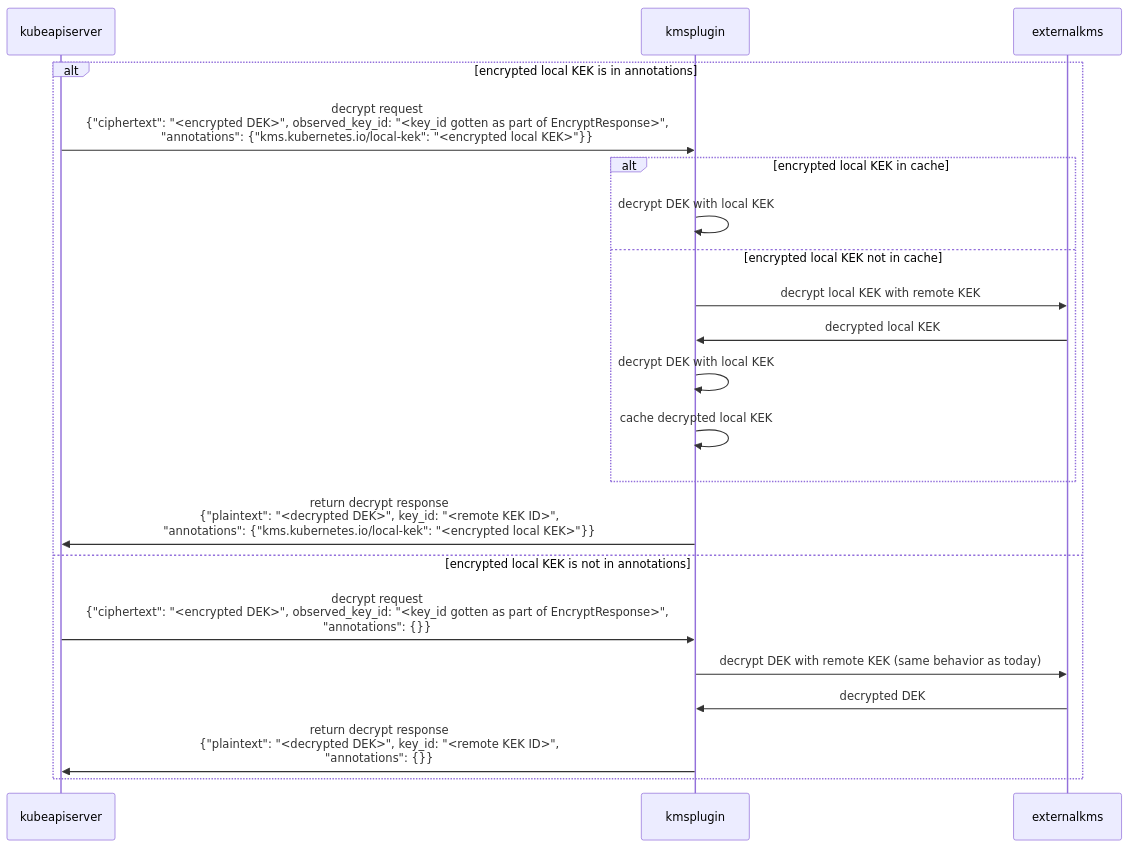
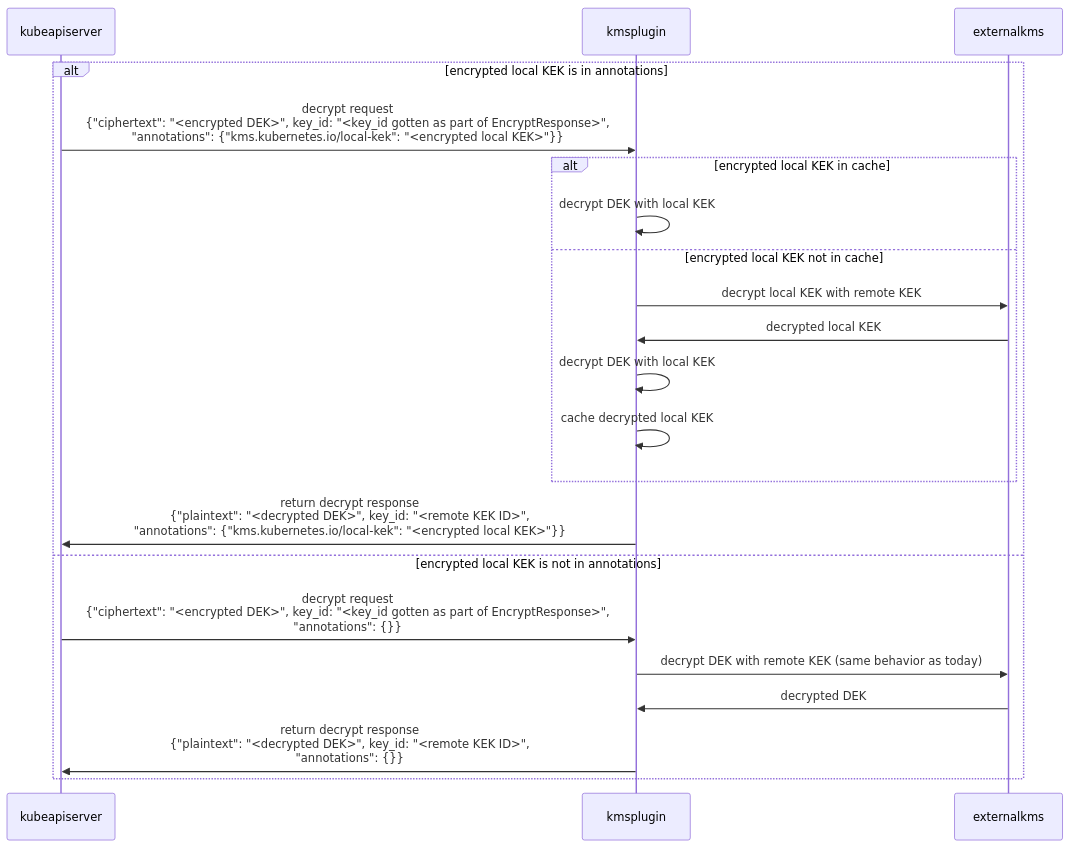
Before and after one commit to kubernetes/enhancements: the second of 2 diagrams in keps/sig-auth/3299-kms-v2-improvements/README.md, drawn with Mermaid. The commit also changed other lines of this file, not shown here.

Commit message:
update proto snippets in kms v2

````diff
--- a/keps/sig-auth/3299-kms-v2-improvements/README.md
+++ b/keps/sig-auth/3299-kms-v2-improvements/README.md
@@ -310,24 +304,24 @@
 ```mermaid
 sequenceDiagram
     participant kubeapiserver
     participant kmsplugin
     participant externalkms
     %% if local KEK in annotations, then using hierarchy
     alt encrypted local KEK is in annotations
-      kubeapiserver->>kmsplugin: decrypt request <br/> {"ciphertext": "<encrypted DEK>", observed_key_id: "<key_id gotten as part of EncryptResponse>", <br/> "annotations": {"kms.kubernetes.io/local-kek": "<encrypted local KEK>"}}
+      kubeapiserver->>kmsplugin: decrypt request <br/> {"ciphertext": "<encrypted DEK>", key_id: "<key_id gotten as part of EncryptResponse>", <br/> "annotations": {"kms.kubernetes.io/local-kek": "<encrypted local KEK>"}}
         alt encrypted local KEK in cache
             kmsplugin->>kmsplugin: decrypt DEK with local KEK
         else encrypted local KEK not in cache
             kmsplugin->>externalkms: decrypt local KEK with remote KEK
             externalkms->>kmsplugin: decrypted local KEK
             kmsplugin->>kmsplugin: decrypt DEK with local KEK
             kmsplugin->>kmsplugin: cache decrypted local KEK
         end
         kmsplugin->>kubeapiserver: return decrypt response <br/> {"plaintext": "<decrypted DEK>", key_id: "<remote KEK ID>", <br/> "annotations": {"kms.kubernetes.io/local-kek": "<encrypted local KEK>"}}
     else encrypted local KEK is not in annotations
-        kubeapiserver->>kmsplugin: decrypt request <br/> {"ciphertext": "<encrypted DEK>", observed_key_id: "<key_id gotten as part of EncryptResponse>", <br/> "annotations": {}}
+        kubeapiserver->>kmsplugin: decrypt request <br/> {"ciphertext": "<encrypted DEK>", key_id: "<key_id gotten as part of EncryptResponse>", <br/> "annotations": {}}
         kmsplugin->>externalkms: decrypt DEK with remote KEK (same behavior as today)
         externalkms->>kmsplugin: decrypted DEK
         kmsplugin->>kubeapiserver: return decrypt response <br/> {"plaintext": "<decrypted DEK>", key_id: "<remote KEK ID>", <br/> "annotations": {}}
     end
 ```
````
